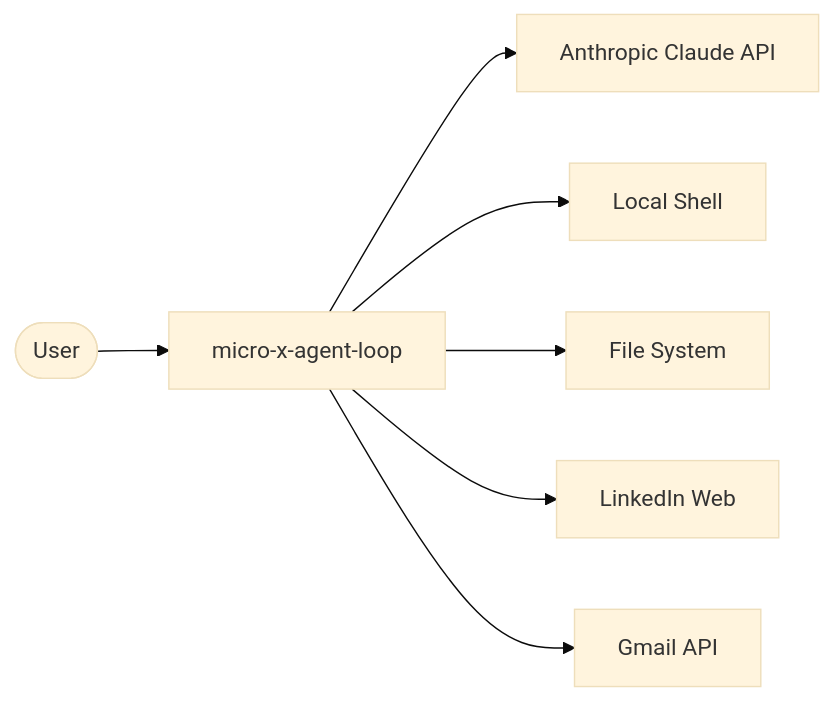
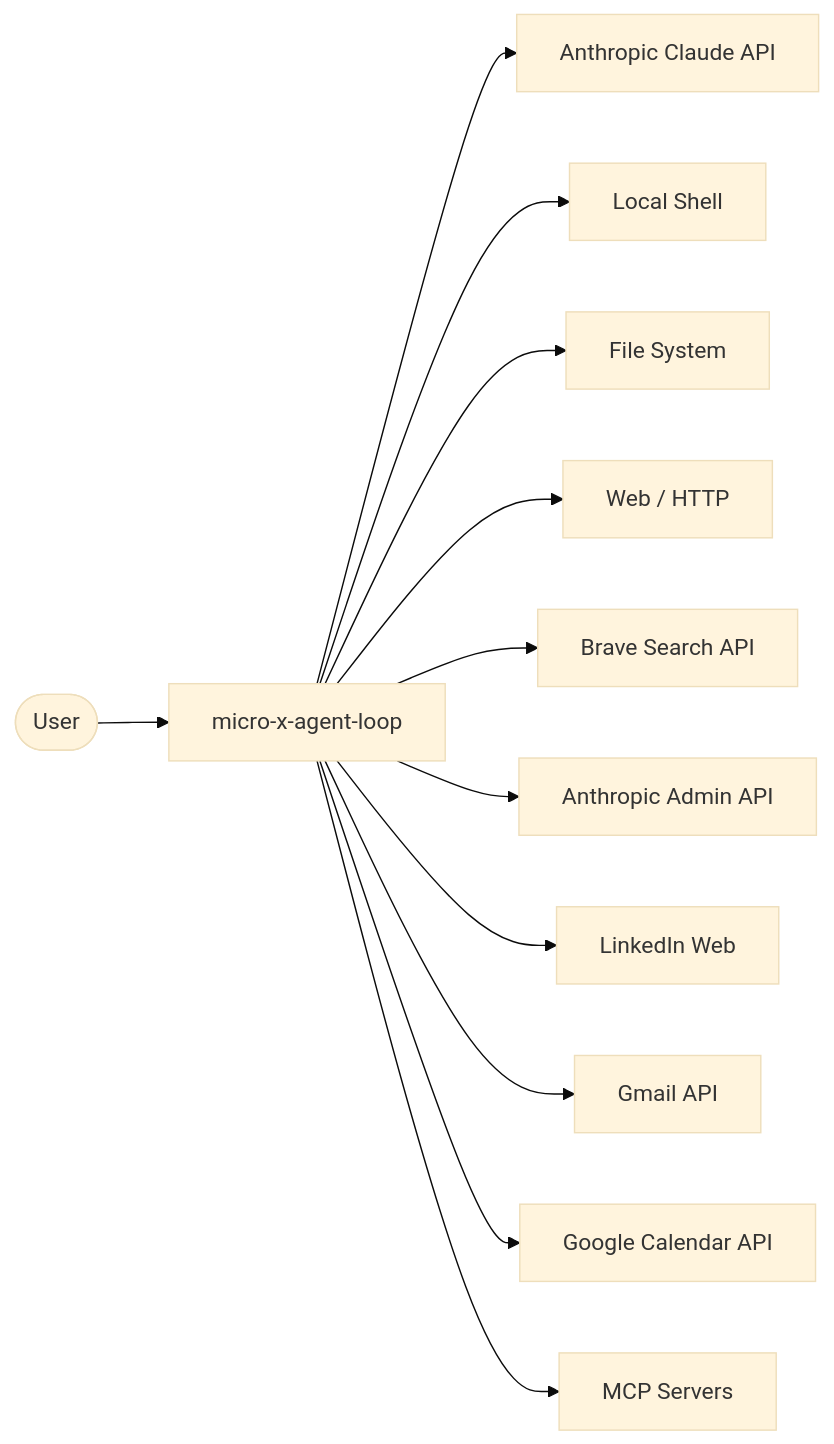
The first of 4 diagrams in documentation/docs/architecture/SAD.md (StephenDenisEdwards/micro-x-agent-loop-dotnet), drawn with Mermaid (base theme) before and after one commit. The commit also changed other lines of this file and 29 other files, not shown here.

First line of the commit message:
Sync with Python agent: add MCP, web tools, logging, and usage reporting

````diff
--- a/documentation/docs/architecture/SAD.md
+++ b/documentation/docs/architecture/SAD.md
@@ -38,9 +43,14 @@
 ```mermaid
 graph LR
     User([User]) --> Agent[micro-x-agent-loop]
     Agent --> Claude[Anthropic Claude API]
     Agent --> Shell[Local Shell]
     Agent --> FS[File System]
+    Agent --> Web[Web / HTTP]
+    Agent --> Brave[Brave Search API]
+    Agent --> AnthropicAdmin[Anthropic Admin API]
     Agent --> LinkedIn[LinkedIn Web]
     Agent --> Gmail[Gmail API]
+    Agent --> Calendar[Google Calendar API]
+    Agent --> MCP[MCP Servers]
 ```
````
